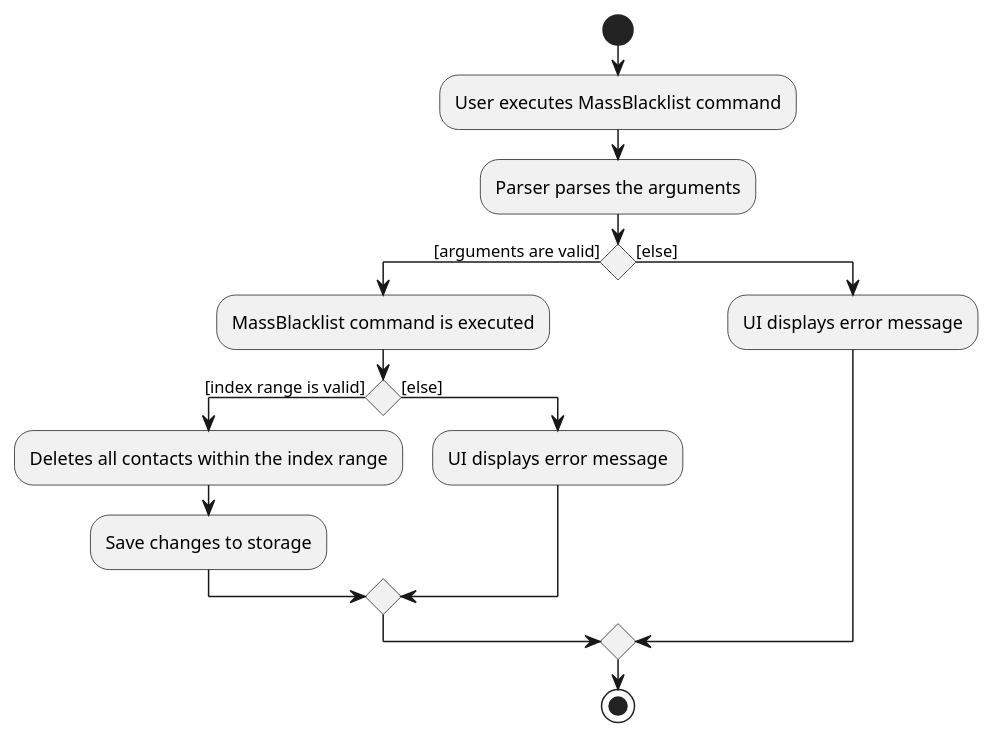
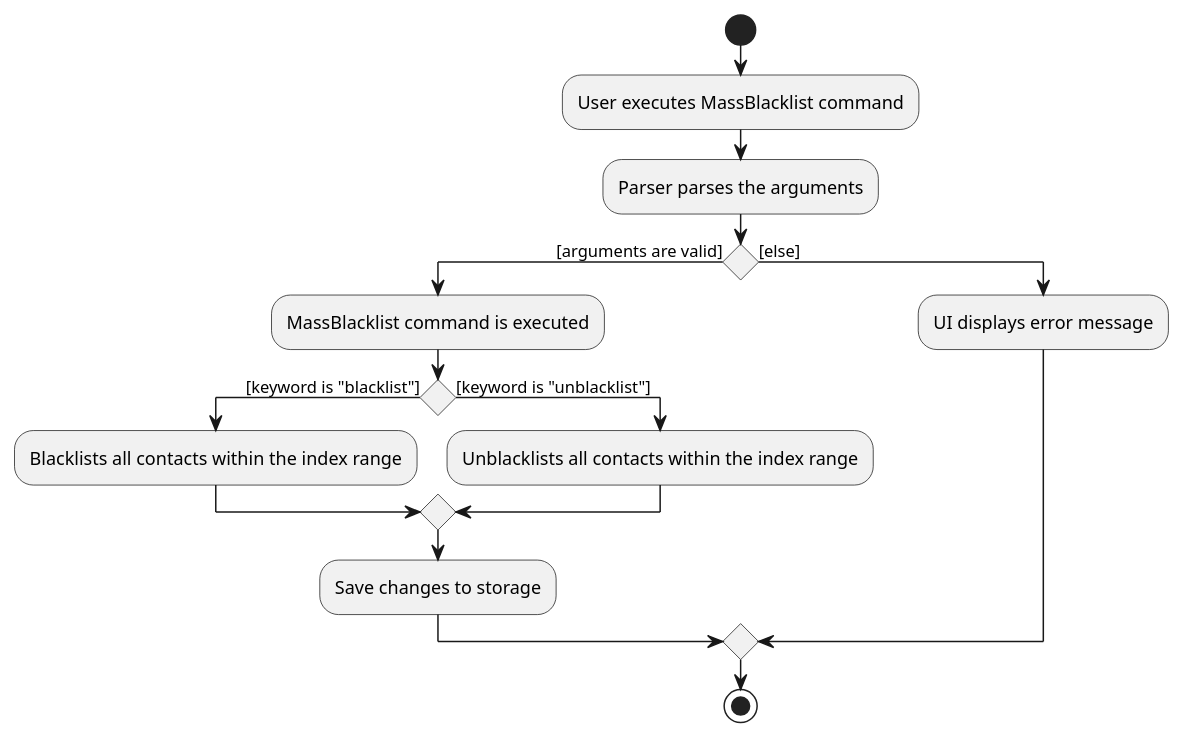
The diagram in docs/diagrams/MassBlacklistActivityDiagram.puml (nus-cs2103-AY2021S2/tp), drawn with PlantUML before and after one commit. The commit also changed 2 other files, not shown here.

```diff
--- a/docs/diagrams/MassBlacklistActivityDiagram.puml
+++ b/docs/diagrams/MassBlacklistActivityDiagram.puml
@@ -1,17 +1,17 @@
 @startuml
 start
 :User executes MassBlacklist command;
 :Parser parses the arguments;
 if () then ([arguments are valid])
     :MassBlacklist command is executed;
-if () then ([index range is valid])
-    :Deletes all contacts within the index range;
-    :Save changes to storage;
-else ([else])
-    :UI displays error message;
+if () then ([keyword is "blacklist"])
+    :Blacklists all contacts within the index range;
+else ([keyword is "unblacklist"])
+    :Unblacklists all contacts within the index range;
 endif
+:Save changes to storage;
 else ([else])
     :UI displays error message;
 endif
 stop
 @enduml
```
